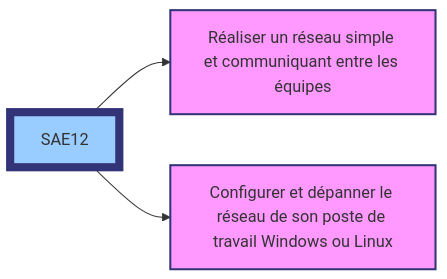
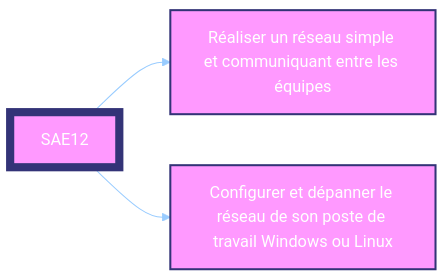
The diagram in sae12-description.md (pushou/SAE12), drawn with Mermaid before and after one commit.

Commit message:
Test on dark mode visibility

````diff
--- a/sae12-description.md
+++ b/sae12-description.md
@@ -255,9 +255,23 @@
 ``` mermaid
-     flowchart LR;
-        SAE12[SAE12]-->id1["Réaliser un réseau simple et communiquant entre les équipes"];
-        SAE12-->id3["Configurer et dépanner le réseau de son poste de travail Windows ou Linux"];
-        style SAE12 fill:#99ccff,stroke:#337,stroke-width:8px;
-        style id1 fill:#f9f,stroke:#337,stroke-width:2px;
-        style id3 fill:#f9f,stroke:#337,stroke-width:2px;
-        click SAE12 href "https://github.com/pushou/SAE12.git" "Lien vers le repo Git de la SAE12"
+%%{
+  init: {
+    'theme': 'base',
+    'themeVariables': {
+      'primaryColor': '#f9f',
+      'primaryTextColor': '#fff',
+      'primaryBorderColor': '#99ccff',
+      'lineColor': '#99ccff',
+      'secondaryColor': '#99ccff',
+      'tertiaryColor': '#fff'
+    }
+  }
+}%%
+
+flowchart LR;
+  SAE12[SAE12]-->id1["Réaliser un réseau simple et communiquant entre les équipes"];
+  SAE12-->id3["Configurer et dépanner le réseau de son poste de travail Windows ou Linux"];
+  style SAE12 stroke:#337,stroke-width:8px;
+  style id1 stroke:#337,stroke-width:2px;
+  style id3 stroke:#337,stroke-width:2px;
+  click SAE12 href "https://github.com/pushou/SAE12.git" "Lien vers le repo Git de la SAE12"
 ```
````
